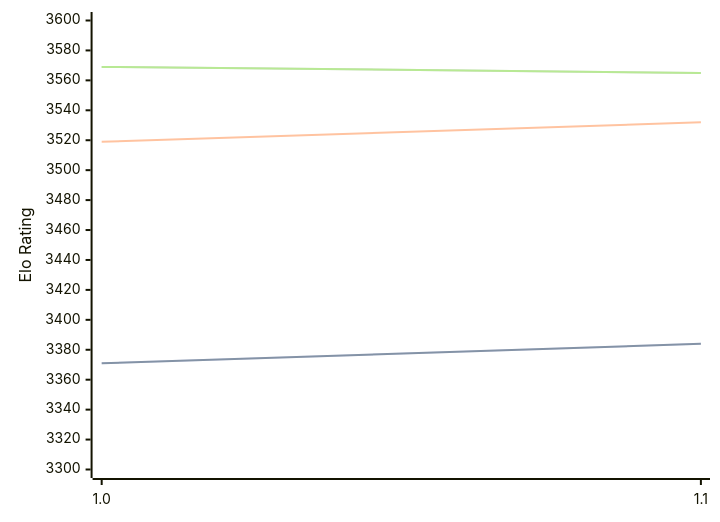
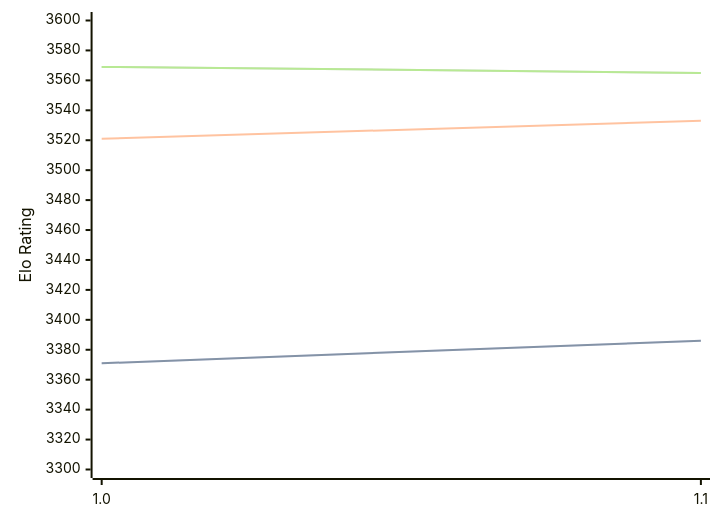
The diagram in engines/Horsie.md (computer-chess-index/cci), drawn with Mermaid before and after one commit. The commit also changed other lines of this file, not shown here.

Commit message:
Update CCI Ratings (ELO VLTC) - 2026-04-27

````diff
--- a/engines/Horsie.md
+++ b/engines/Horsie.md
@@ -32,11 +32,11 @@
 ```mermaid
 %%{init: {"theme":"base","themeVariables":{"seriesColors:['#a3a3a3','#222221','#faa371']}}}%%
 xychart-beta
   x-axis ["1.0", "1.1"]
   y-axis "Elo Rating" 3300 --> 3600
-  line "STC (8.0+0.08s)" [3371, 3384]
-  line "STC (8.0+0.08s)" [3371, 3384]
-  line "LTC (60.0+0.60s)" [3519, 3532]
+  line "STC (8.0+0.08s)" [3371, 3386]
+  line "STC (8.0+0.08s)" [3371, 3386]
+  line "LTC (60.0+0.60s)" [3521, 3533]
   line "VLTC (2m24s+1.12s)" [3569, 3565]
   line "VLTC (2m24s+1.12s)" [3569, 3565]
 ```
````
